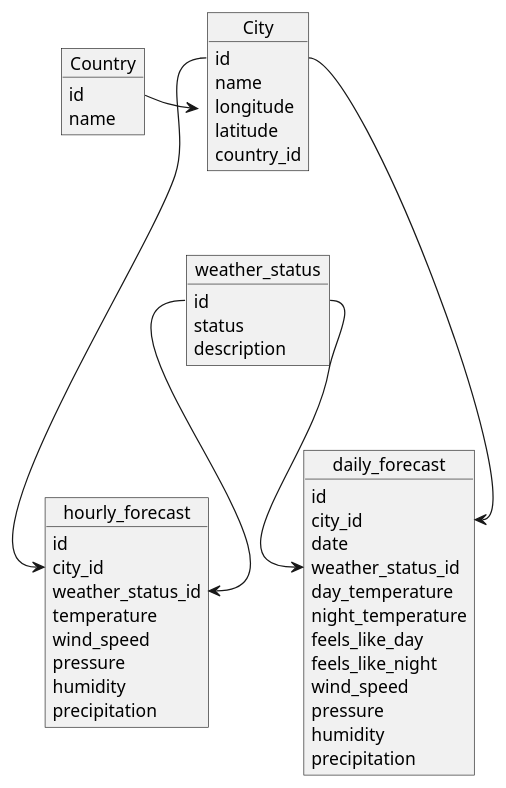
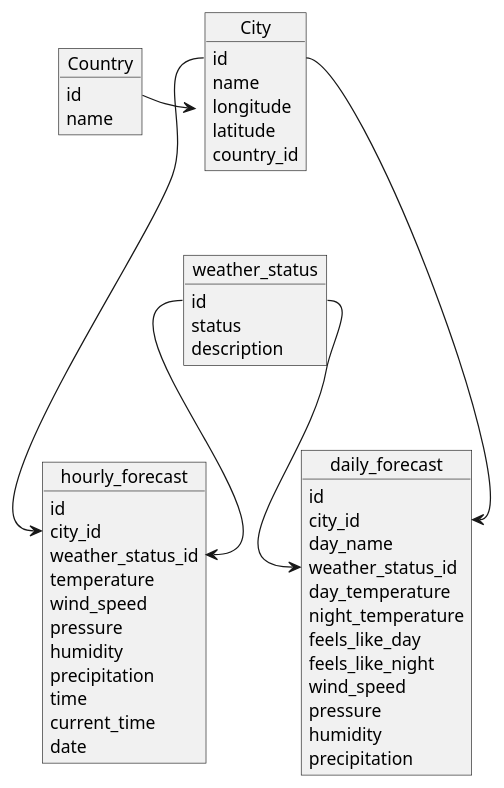
One commit to MaksymAndreiev/Weather-App changed the diagram in db.puml. Above: the diagram before and after it, drawn with PlantUML.

Commit message:
Edit UML diagram

```diff
--- a/db.puml
+++ b/db.puml
@@ -1,56 +1,59 @@
 @startuml
 'https://plantuml.com/object-diagram
 
 object City {
     id
     name
     longitude
     latitude
     country_id
 }
 
 object Country {
     id
     name
 }
 
 object weather_status {
     id
     status
     description
 }
 
 object hourly_forecast{
     id
     city_id
     weather_status_id
     temperature
     wind_speed
     pressure
     humidity
     precipitation
+    time
+    current_time
+    date
 }
 
 object daily_forecast{
     id
     city_id
-    date
+    day_name
     weather_status_id
     day_temperature
     night_temperature
     feels_like_day
     feels_like_night
     wind_speed
     pressure
     humidity
     precipitation
 }
 
 Country::id -> City::c
 City::id ---> hourly_forecast::city_id
 City::id ---> daily_forecast::city_id
 weather_status::id --> hourly_forecast::weather_status_id
 weather_status::id --> daily_forecast::weather_status_id
 
 
 @enduml
```
